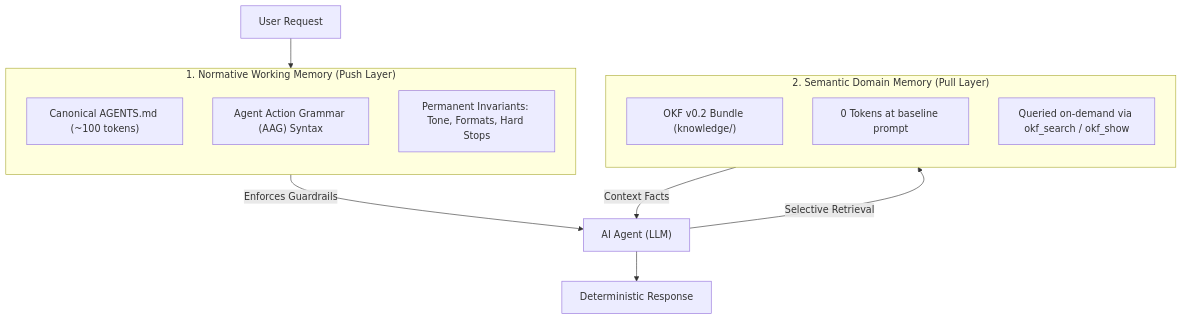
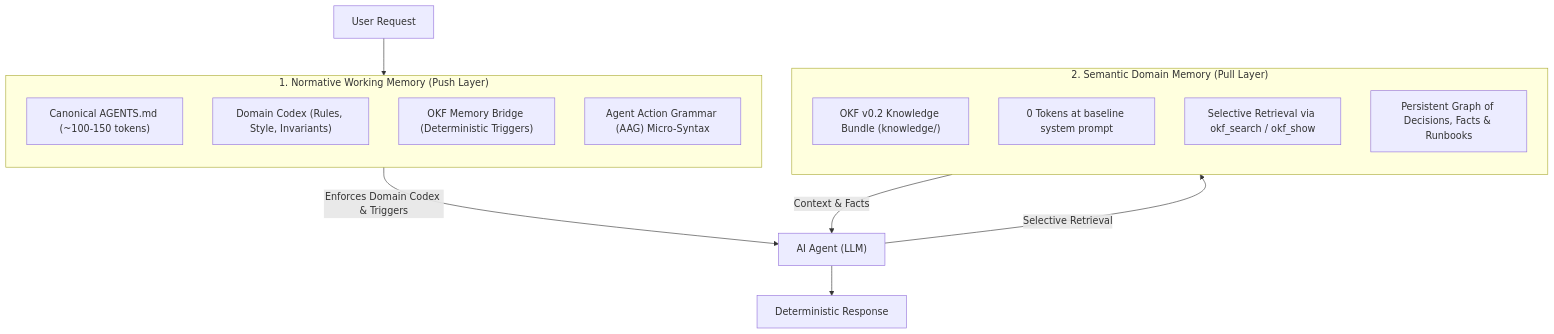
One commit to agent-memory-atlas-archive/okf-memory--okf-agent-memory changed the diagram in knowledge/convention/dual-memory-architecture.md. Above: the diagram before and after it, drawn with Mermaid. The commit also changed other lines of this file and 4 other files, not shown here.

Commit message:
feat(dmaa): adopt Dual-Memory Agent Architecture v0.1 and AAG protocol across templates and knowledge

````diff
--- a/knowledge/convention/dual-memory-architecture.md
+++ b/knowledge/convention/dual-memory-architecture.md
@@ -24,22 +24,24 @@
 ```mermaid
 flowchart TD
     subgraph PUSH["1. Normative Working Memory (Push Layer)"]
         direction TB
-        C1["Canonical AGENTS.md (~100 tokens)"]
-        C2["Agent Action Grammar (AAG) Syntax"]
-        C3["Permanent Invariants: Tone, Formats, Hard Stops"]
+        C1["Canonical AGENTS.md (~100-150 tokens)"]
+        C2["Domain Codex (Rules, Style, Invariants)"]
+        C3["OKF Memory Bridge (Deterministic Triggers)"]
+        C4["Agent Action Grammar (AAG) Micro-Syntax"]
     end
 
     subgraph PULL["2. Semantic Domain Memory (Pull Layer)"]
         direction TB
-        O1["OKF v0.2 Bundle (knowledge/)"]
-        O2["0 Tokens at baseline prompt"]
-        O3["Queried on-demand via okf_search / okf_show"]
+        O1["OKF v0.2 Knowledge Bundle (knowledge/)"]
+        O2["0 Tokens at baseline system prompt"]
+        O3["Selective Retrieval via okf_search / okf_show"]
+        O4["Persistent Graph of Decisions, Facts & Runbooks"]
     end
 
     INPUT["User Request"] --> PUSH
-    PUSH -->|Enforces Guardrails| AGENT["AI Agent (LLM)"]
+    PUSH -->|Enforces Domain Codex & Triggers| AGENT["AI Agent (LLM)"]
     AGENT -->|Selective Retrieval| PULL
-    PULL -->|Context Facts| AGENT
+    PULL -->|Context & Facts| AGENT
     AGENT --> OUTPUT["Deterministic Response"]
 ```
````
